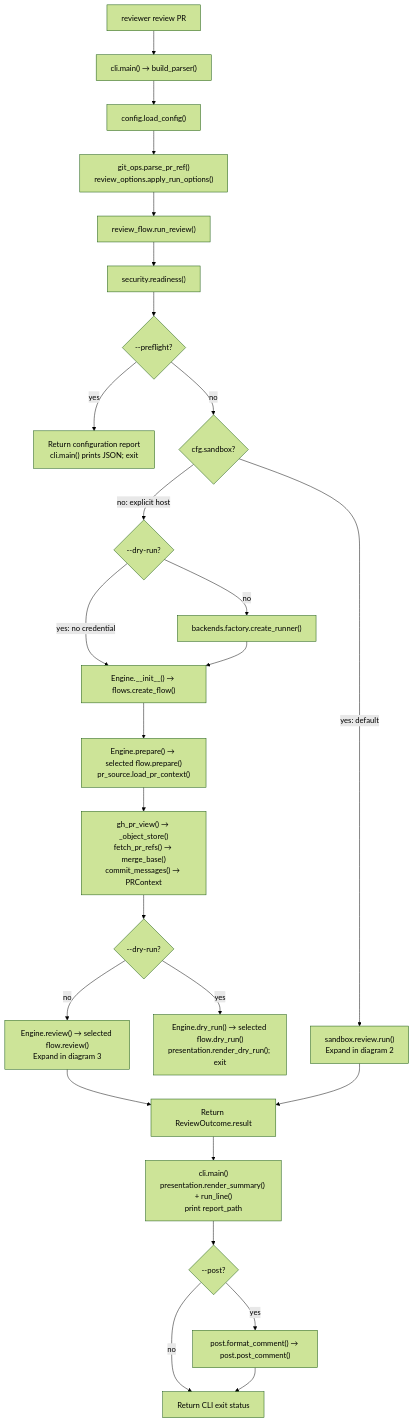
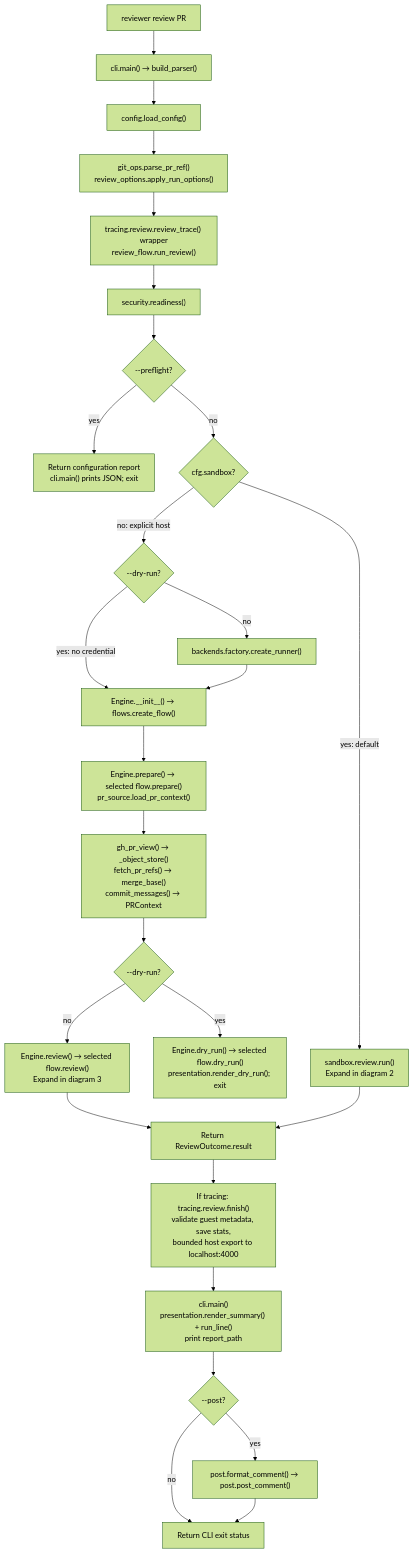
Before and after one commit to sskelkar/code-reviewer: the first of 6 diagrams in docs/project-explainer.md, drawn with Mermaid (forest theme). The commit also changed other lines of this file and 40 other files, not shown here.

````diff
--- a/docs/project-explainer.md
+++ b/docs/project-explainer.md
@@ -11,28 +11,29 @@
 ```mermaid
 flowchart TD
     START["reviewer review PR"] --> CLI["cli.main() → build_parser()"]
     CLI --> CONFIG["config.load_config()"]
     CONFIG --> OPTIONS["git_ops.parse_pr_ref()<br/>review_options.apply_run_options()"]
-    OPTIONS --> DISPATCH["review_flow.run_review()"]
+    OPTIONS --> DISPATCH["tracing.review.review_trace() wrapper<br/>review_flow.run_review()"]
     DISPATCH --> READY["security.readiness()"]
     READY --> PREFLIGHT{"--preflight?"}
     PREFLIGHT -->|yes| OFFLINE["Return configuration report<br/>cli.main() prints JSON; exit"]
     PREFLIGHT -->|no| LOCATION{"cfg.sandbox?"}
     LOCATION -->|yes: default| VM["sandbox.review.run()<br/>Expand in diagram 2"]
     LOCATION -->|no: explicit host| DRY{"--dry-run?"}
     DRY -->|no| ADAPTER["backends.factory.create_runner()"]
     DRY -->|yes: no credential| ENGINE["Engine.__init__() → flows.create_flow()"]
     ADAPTER --> ENGINE
     ENGINE --> PREPARE["Engine.prepare() → selected flow.prepare()<br/>pr_source.load_pr_context()"]
     PREPARE --> HOSTINPUT["gh_pr_view() → _object_store()<br/>fetch_pr_refs() → merge_base()<br/>commit_messages() → PRContext"]
     HOSTINPUT --> KIND{"--dry-run?"}
     KIND -->|yes| PREVIEW["Engine.dry_run() → selected flow.dry_run()<br/>presentation.render_dry_run(); exit"]
     KIND -->|no| REVIEW["Engine.review() → selected flow.review()<br/>Expand in diagram 3"]
     REVIEW --> OUTCOME["Return ReviewOutcome.result"]
     VM --> OUTCOME
-    OUTCOME --> DISPLAY["cli.main()<br/>presentation.render_summary() + run_line()<br/>print report_path"]
+    OUTCOME --> TRACE["If tracing: tracing.review.finish()<br/>validate guest metadata, save stats,<br/>bounded host export to localhost:4000"]
+    TRACE --> DISPLAY["cli.main()<br/>presentation.render_summary() + run_line()<br/>print report_path"]
     DISPLAY --> POST{"--post?"}
     POST -->|yes| GITHUB["post.format_comment() → post.post_comment()"]
     POST -->|no| EXIT["Return CLI exit status"]
     GITHUB --> EXIT
 ```
````
